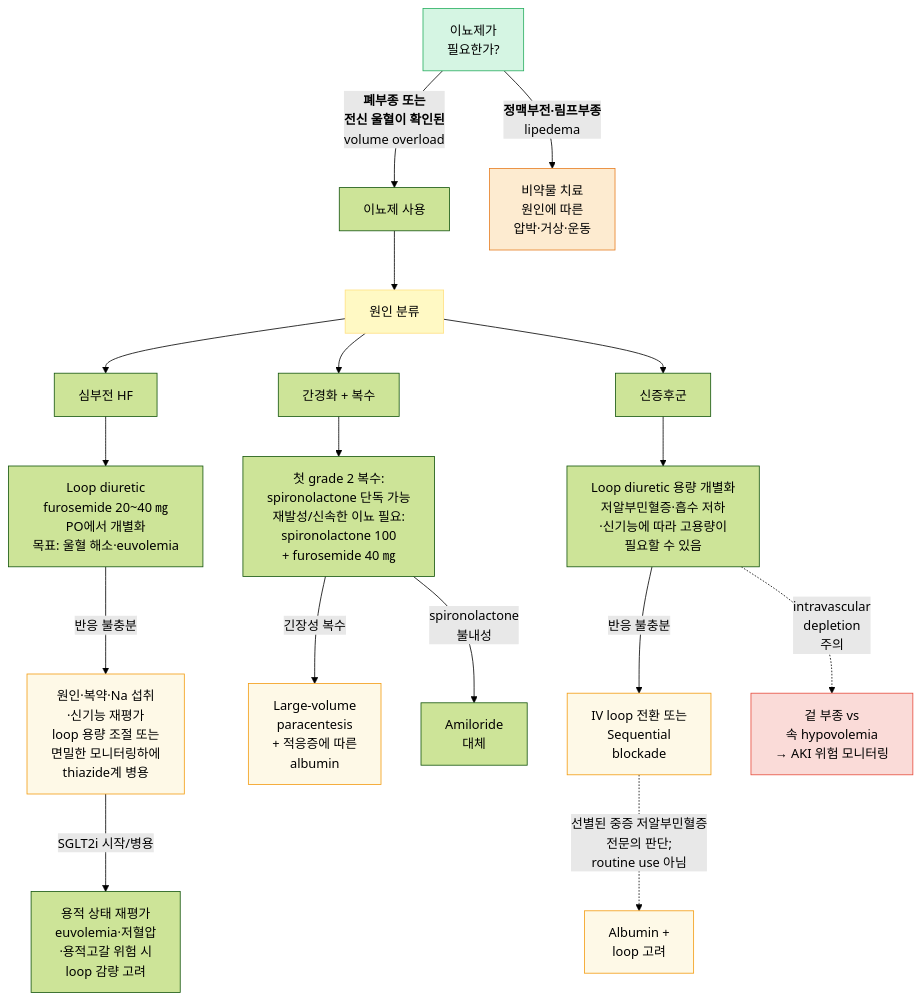
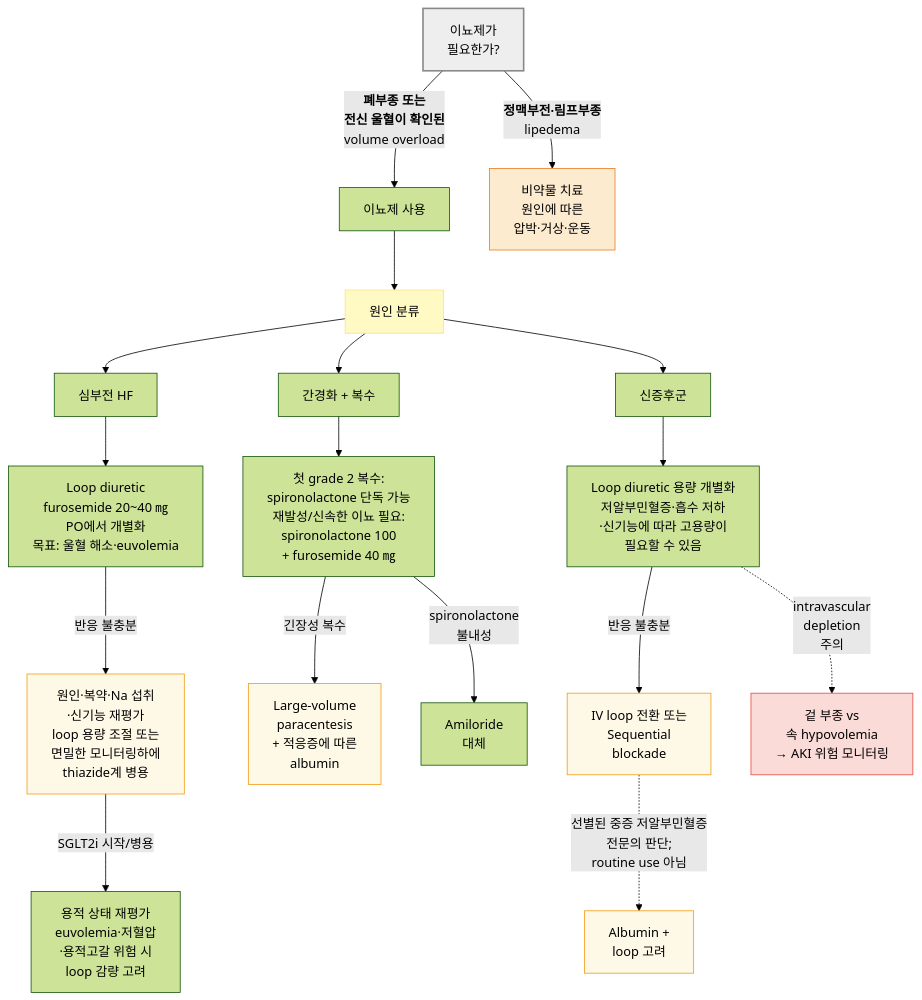
Before and after one commit to familyoh77/familyoh77: the fourth of 4 diagrams in 220_/012_-edema.md, drawn with Mermaid (forest theme). The commit also changed other lines of this file and 3 other files, not shown here.

````diff
--- a/220_/012_-edema.md
+++ b/220_/012_-edema.md
@@ -331,28 +331,28 @@
 ```mermaid
 graph TD
     A["이뇨제가<br/>필요한가?"]
     A -- "<b>폐부종 또는 <br/>전신 울혈이 확인된</b><br/>volume overload" --> B["이뇨제 사용"]
     A -- "<b>정맥부전·림프부종</b><br/>lipedema" --> Z["비약물 치료<br/>원인에 따른 <br/>압박·거상·운동"]
     B --> C["원인 분류"]
     C --> HF["심부전 HF"]
     C --> CI["간경화 + 복수"]
     C --> NS["신증후군"]
     HF --> HF1["Loop diuretic<br/>furosemide 20~40 ㎎ <br/>PO에서 개별화<br/>목표: 울혈 해소·euvolemia"]
     HF1 -- "반응 불충분" --> HF2["원인·복약·Na 섭취<br/>·신기능 재평가<br/>loop 용량 조절 또는<br/>면밀한 모니터링하에 <br/>thiazide계 병용"]
     HF2 -- "SGLT2i 시작/병용" --> HF3["용적 상태 재평가<br/> euvolemia·저혈압<br/>·용적고갈 위험 시<br/>loop 감량 고려"]
     CI --> CI1["첫 grade 2 복수: <br/>spironolactone 단독 가능<br/>재발성/신속한 이뇨 필요:<br/>spironolactone 100 <br/>+ furosemide 40 ㎎"]
     CI1 -- "긴장성 복수" --> CI2["Large-volume <br/>paracentesis<br/>+ 적응증에 따른 <br/>albumin"]
     CI1 -- "spironolactone <br/>불내성" --> CI3["Amiloride <br/>대체"]
     NS --> NS1["Loop diuretic 용량 개별화<br/>저알부민혈증·흡수 저하<br/>·신기능에 따라 고용량이<br/> 필요할 수 있음"]
     NS1 -- "반응 불충분" --> NS2["IV loop 전환 또는<br/> Sequential <br/>blockade"]
     NS2 -. "선별된 중증 저알부민혈증<br/>전문의 판단; <br/>routine use 아님" .-> NS3["Albumin + <br/>loop 고려"]
     NS1 -. "intravascular <br/>depletion <br/>주의" .-> NS_w["겉 부종 vs<br/> 속 hypovolemia<br/>→ AKI 위험 모니터링"]
-    style A fill:#d5f5e3,stroke:#27ae60
+    style A fill:#eeeeee,stroke:#888888,stroke-width:2px
     style Z fill:#fdebd0,stroke:#e67e22
     style HF2 fill:#fef9e7,stroke:#f39c12
     style CI2 fill:#fef9e7,stroke:#f39c12
     style NS2 fill:#fef9e7,stroke:#f39c12
     style NS3 fill:#fef9e7,stroke:#f39c12
     style NS_w fill:#fadbd8,stroke:#e74c3c
     style C fill:#fff9c4,stroke:#ffe082
 ```
````
